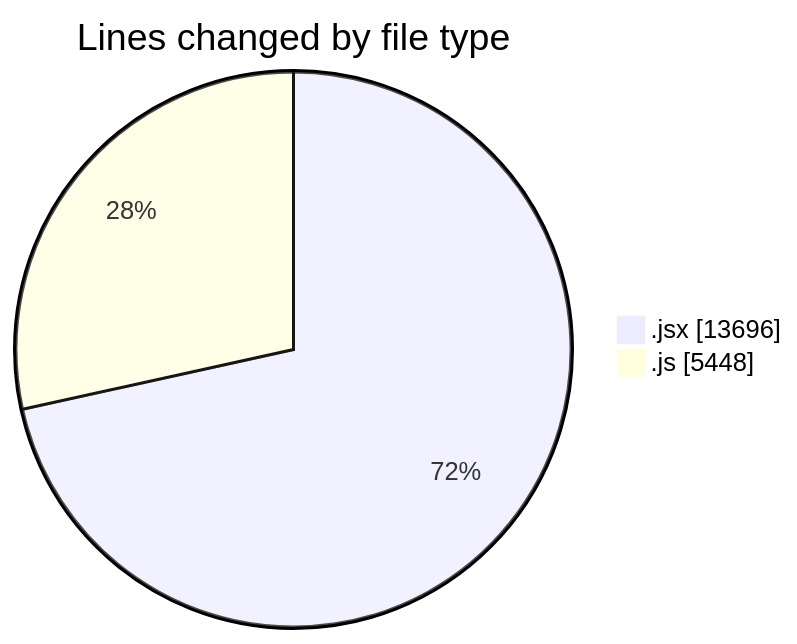
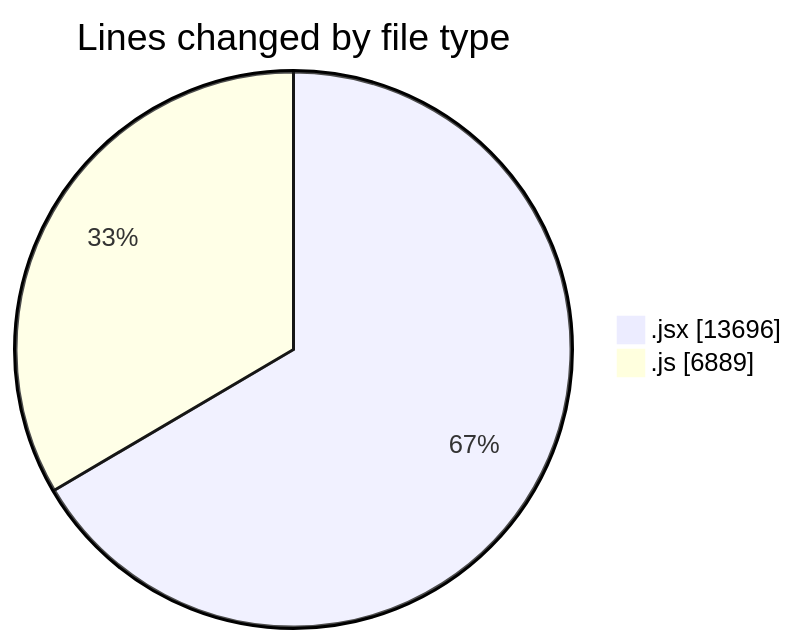
One commit to nxtqubesakshisongat/code-tracking changed the first of 2 diagrams in 2025-09-25/nxtqube_webapp/README.md. Above: the diagram before and after it, drawn with Mermaid. The commit also changed other lines of this file and 1 other file, not shown here.

````diff
--- a/2025-09-25/nxtqube_webapp/README.md
+++ b/2025-09-25/nxtqube_webapp/README.md
@@ -26,6 +27,6 @@
 ```mermaid
 pie showData
 title Lines changed by file type
 ".jsx" : 13696
-".js" : 5448
+".js" : 6889
 ```
````
